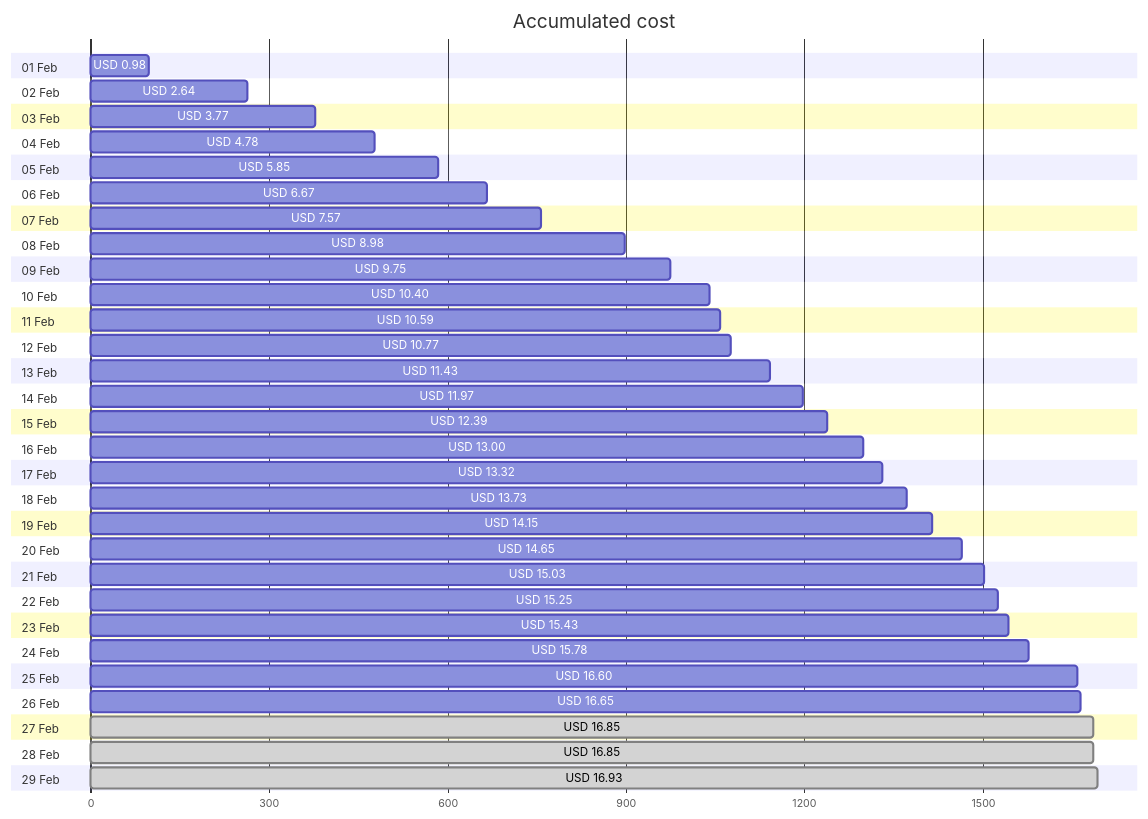
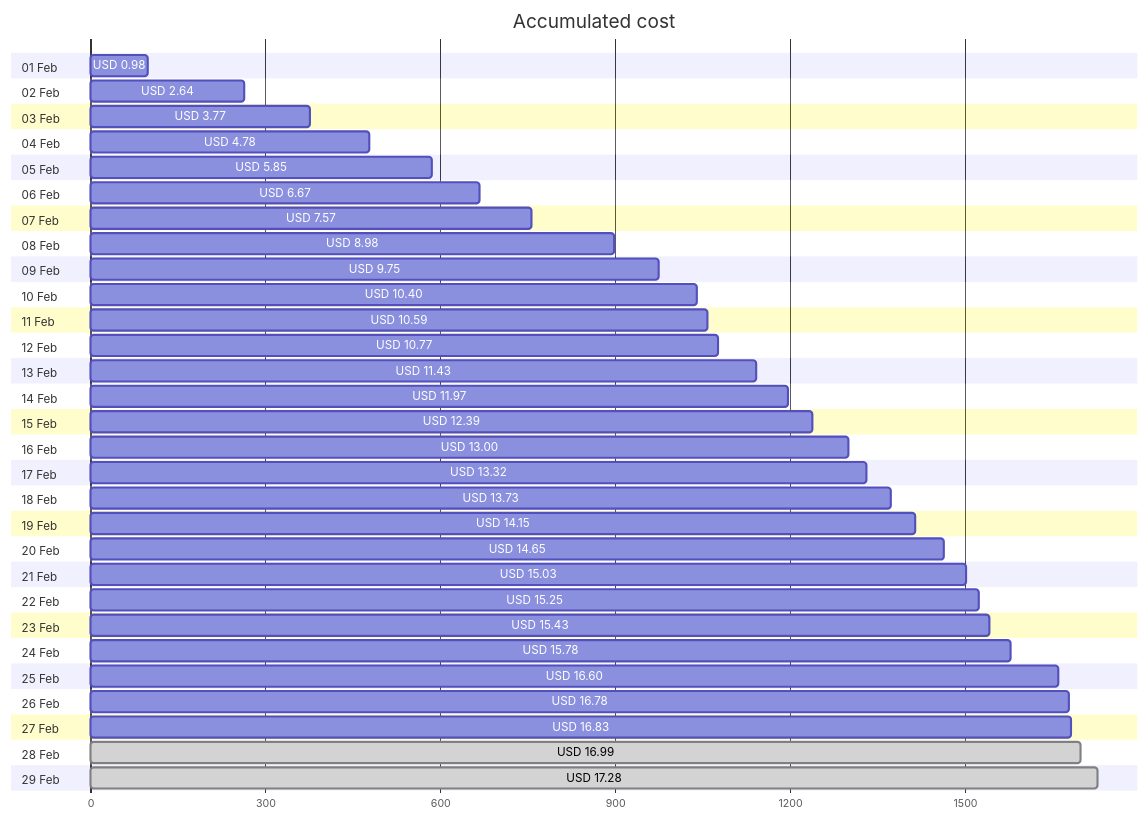
The first of 4 diagrams in cost-reports/personal-network/vpn-server.md (jpfulton/azure-personal-reports), drawn with Mermaid before and after one commit. The commit also changed other lines of this file and 8 other files, not shown here.

````diff
--- a/cost-reports/personal-network/vpn-server.md
+++ b/cost-reports/personal-network/vpn-server.md
@@ -20,64 +20,64 @@
 ```mermaid
 gantt
    title Accumulated cost
    dateFormat  X
    axisFormat %s
    section 01 Feb
    USD 0.98 :0, 98
    section 02 Feb
    USD 2.64 :0, 264
    section 03 Feb
    USD 3.77 :0, 377
    section 04 Feb
    USD 4.78 :0, 478
    section 05 Feb
    USD 5.85 :0, 585
    section 06 Feb
    USD 6.67 :0, 667
    section 07 Feb
    USD 7.57 :0, 757
    section 08 Feb
    USD 8.98 :0, 898
    section 09 Feb
    USD 9.75 :0, 975
    section 10 Feb
    USD 10.40 :0, 1040
    section 11 Feb
    USD 10.59 :0, 1059
    section 12 Feb
    USD 10.77 :0, 1077
    section 13 Feb
    USD 11.43 :0, 1143
    section 14 Feb
    USD 11.97 :0, 1197
    section 15 Feb
    USD 12.39 :0, 1239
    section 16 Feb
    USD 13.00 :0, 1300
    section 17 Feb
    USD 13.32 :0, 1332
    section 18 Feb
    USD 13.73 :0, 1373
    section 19 Feb
    USD 14.15 :0, 1415
    section 20 Feb
    USD 14.65 :0, 1465
    section 21 Feb
    USD 15.03 :0, 1503
    section 22 Feb
    USD 15.25 :0, 1525
    section 23 Feb
    USD 15.43 :0, 1543
    section 24 Feb
    USD 15.78 :0, 1578
    section 25 Feb
    USD 16.60 :0, 1660
    section 26 Feb
-   USD 16.65 :0, 1665
+   USD 16.78 :0, 1678
    section 27 Feb
-   USD 16.85 : done, 0, 1685
+   USD 16.83 :0, 1683
    section 28 Feb
-   USD 16.85 : done, 0, 1685
+   USD 16.99 : done, 0, 1699
    section 29 Feb
-   USD 16.93 : done, 0, 1693
+   USD 17.28 : done, 0, 1728
 ```
````
